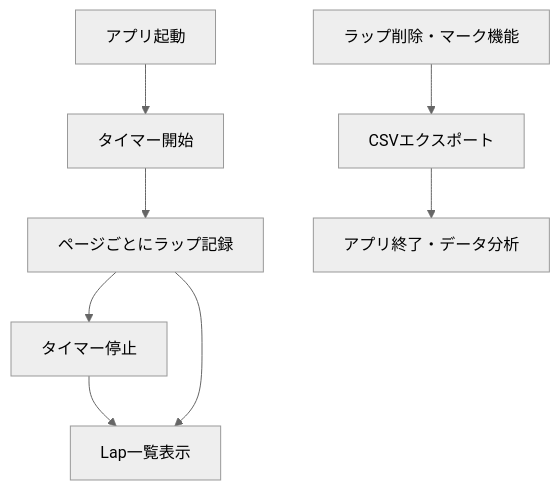
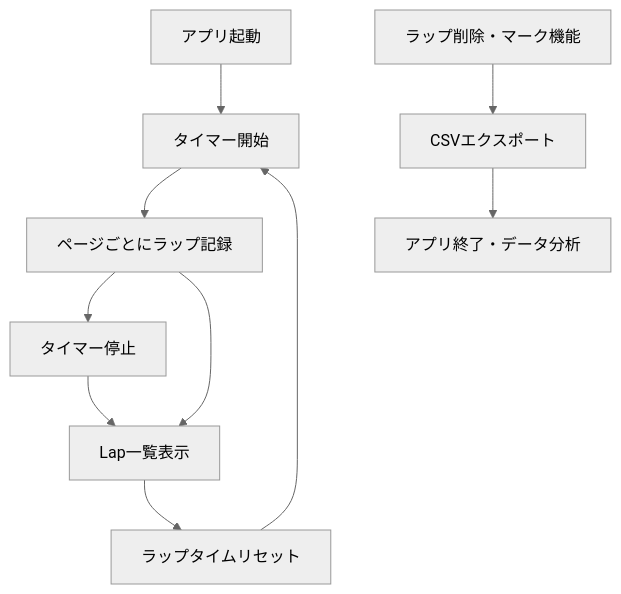
One commit to hisaos/ReadingTimer changed the second of 2 diagrams in docs/requirements.md. Above: the diagram before and after it, drawn with Mermaid (neutral theme). The commit also changed other lines of this file and 83 other files, not shown here.

````diff
--- a/docs/requirements.md
+++ b/docs/requirements.md
@@ -51,10 +61,12 @@
 ```mermaid
 graph TD
     Start[アプリ起動] --> TimerStart[タイマー開始]
     TimerStart --> LapRecord[ページごとにラップ記録]
     LapRecord --> TimerStop[タイマー停止]
     TimerStop --> LapList[ラップ一覧表示（スクロール対応）]
     LapRecord --> LapList[Lap一覧表示]
     LapListEdit[ラップ削除・マーク機能] --> CSVExport[CSVエクスポート選択]
     CSVExport[CSVエクスポート] --> End[アプリ終了・データ分析]
+    LapList --> Reset[ラップタイムリセット]
+    Reset --> TimerStart
 ```
````
